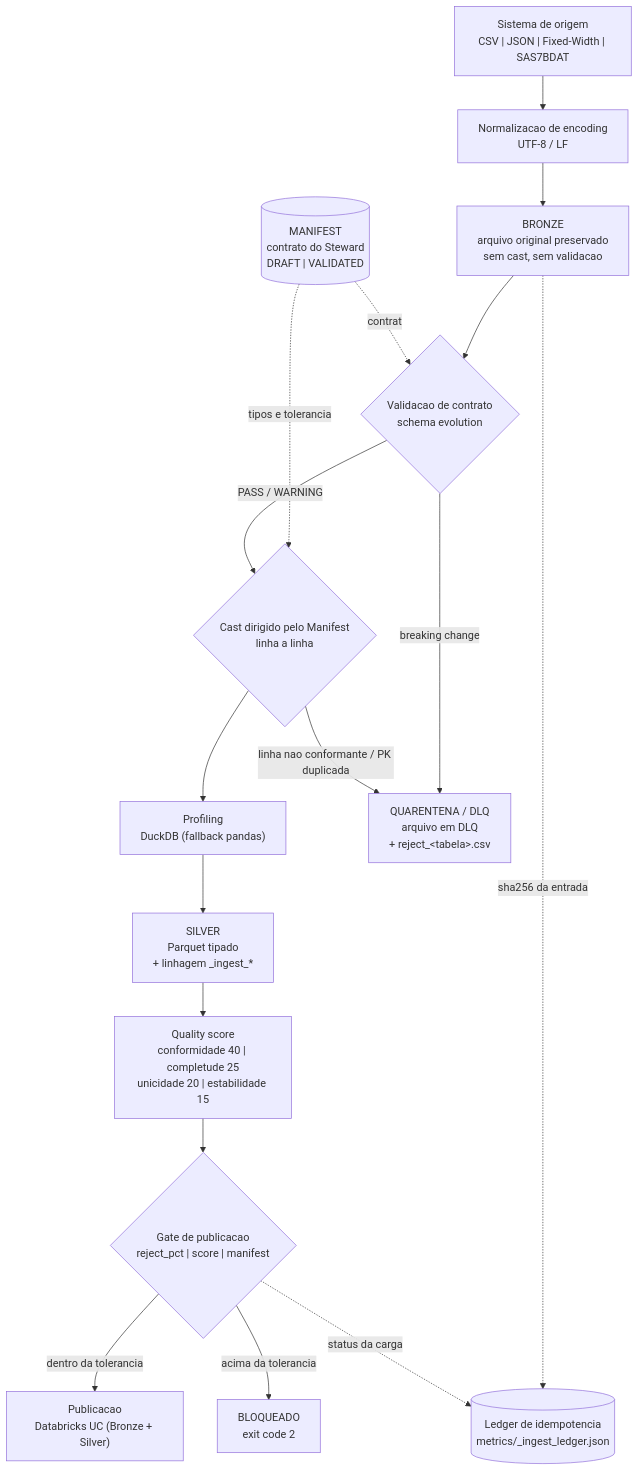
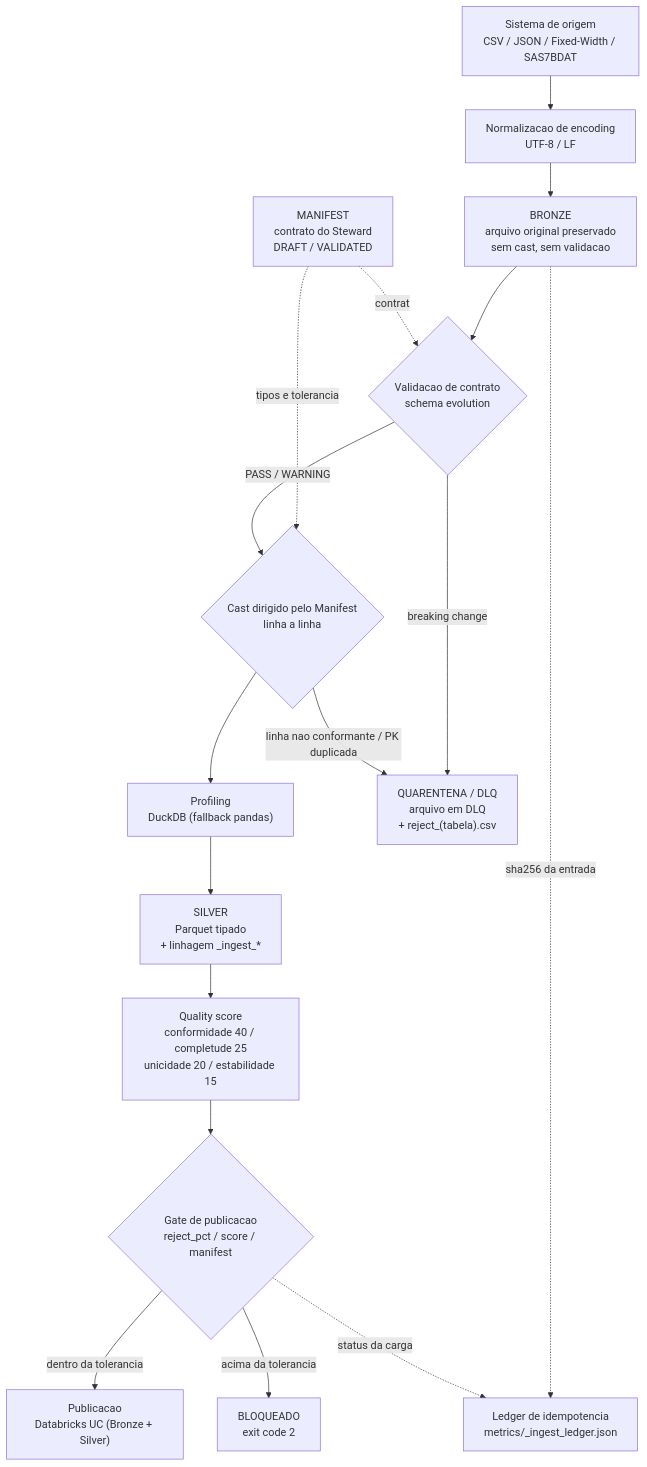
One commit to Knnovar/data-masters-nimbus changed the first of 6 diagrams in README.md. Above: the diagram before and after it, drawn with Mermaid. The commit also changed other lines of this file and 20 other files, not shown here.

````diff
--- a/README.md
+++ b/README.md
@@ -50,29 +50,29 @@
 ```mermaid
-flowchart TD
-    ORIG["Sistema de origem<br/>CSV | JSON | Fixed-Width | SAS7BDAT"]
+graph TD
+    ORIG["Sistema de origem<br/>CSV / JSON / Fixed-Width / SAS7BDAT"]
     NORM["Normalizacao de encoding<br/>UTF-8 / LF"]
     BRONZE["BRONZE<br/>arquivo original preservado<br/>sem cast, sem validacao"]
-    MAN[("MANIFEST<br/>contrato do Steward<br/>DRAFT | VALIDATED")]
+    MAN["MANIFEST<br/>contrato do Steward<br/>DRAFT / VALIDATED"]
     VAL{"Validacao de contrato<br/>schema evolution"}
     CAST{"Cast dirigido pelo Manifest<br/>linha a linha"}
     PROF["Profiling<br/>DuckDB (fallback pandas)"]
     SILVER["SILVER<br/>Parquet tipado<br/>+ linhagem _ingest_*"]
-    QUAR["QUARENTENA / DLQ<br/>arquivo em DLQ<br/>+ reject_&lt;tabela&gt;.csv"]
-    SCORE["Quality score<br/>conformidade 40 | completude 25<br/>unicidade 20 | estabilidade 15"]
-    GATE{"Gate de publicacao<br/>reject_pct | score | manifest"}
+    QUAR["QUARENTENA / DLQ<br/>arquivo em DLQ<br/>+ reject_(tabela).csv"]
+    SCORE["Quality score<br/>conformidade 40 / completude 25<br/>unicidade 20 / estabilidade 15"]
+    GATE{"Gate de publicacao<br/>reject_pct / score / manifest"}
     PUB["Publicacao<br/>Databricks UC (Bronze + Silver)"]
     BLOCK["BLOQUEADO<br/>exit code 2"]
-    LEDGER[("Ledger de idempotencia<br/>metrics/_ingest_ledger.json")]
+    LEDGER["Ledger de idempotencia<br/>metrics/_ingest_ledger.json"]
 
     ORIG --> NORM --> BRONZE --> VAL
     MAN -.contrato.-> VAL
     MAN -.tipos e tolerancia.-> CAST
     VAL -- breaking change --> QUAR
     VAL -- PASS / WARNING --> CAST
     CAST -- linha nao conformante / PK duplicada --> QUAR
     CAST --> PROF --> SILVER --> SCORE --> GATE
     GATE -- dentro da tolerancia --> PUB
     GATE -- acima da tolerancia --> BLOCK
     BRONZE -.sha256 da entrada.-> LEDGER
     GATE -.status da carga.-> LEDGER
 ```
````
